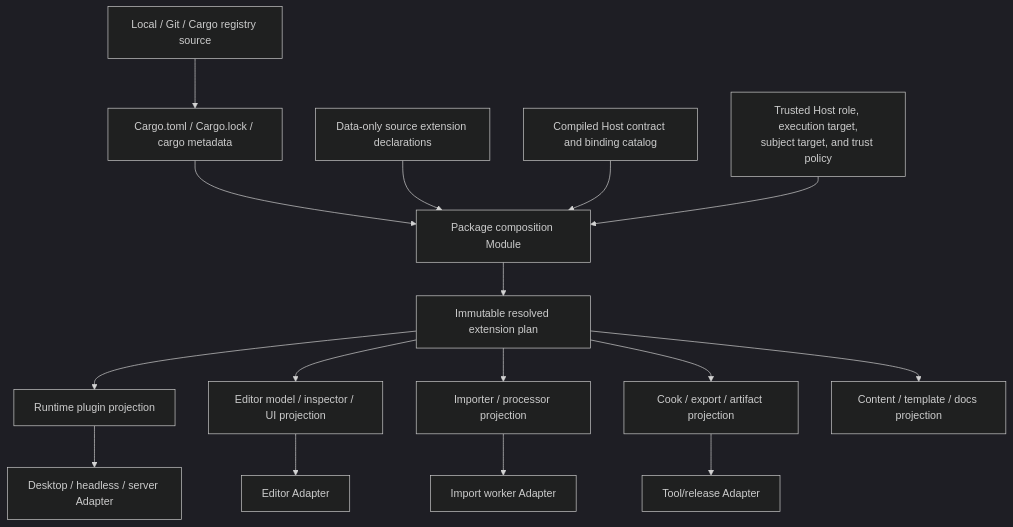
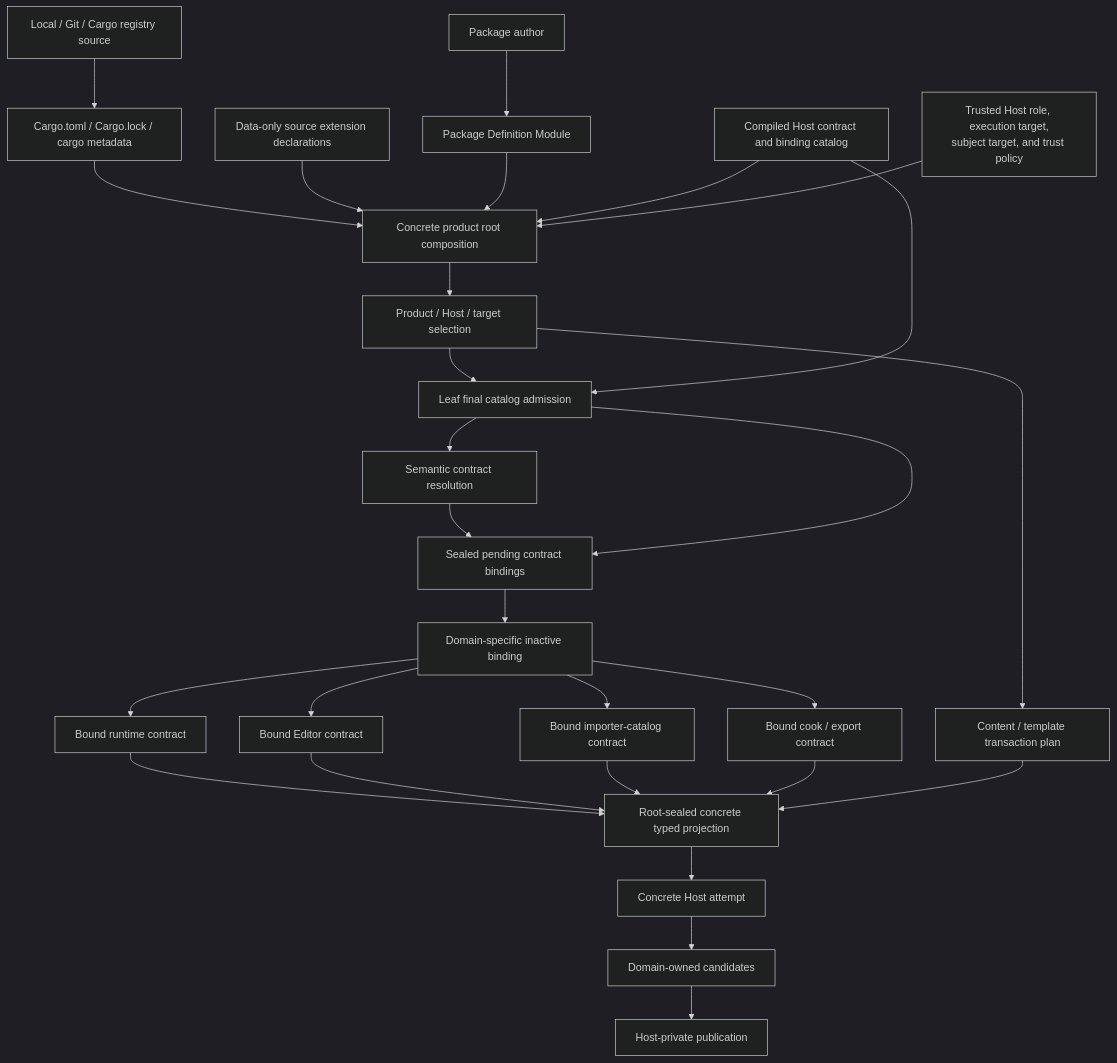
The first of 2 diagrams in docs/architecture/source-extension-package-interface-design.md (Latias94/nara), drawn with Mermaid (dark theme) before and after one commit. The commit also changed other lines of this file and 6 other files, not shown here.

First line of the commit message:
docs(architecture): refine extension module interfaces

````diff
--- a/docs/architecture/source-extension-package-interface-design.md
+++ b/docs/architecture/source-extension-package-interface-design.md
@@ -234,31 +234,50 @@
 ```mermaid
 flowchart TD
+    Author[Package author] --> Definition[Package Definition Module]
     Cargo[Cargo.toml / Cargo.lock / cargo metadata]
     Source[Local / Git / Cargo registry source]
     Manifest[Data-only source extension declarations]
     Catalog[Compiled Host contract and binding catalog]
     Policy[Trusted Host role, execution target,<br/>subject target, and trust policy]
-    Resolve[Package composition Module]
-    Plan[Immutable resolved extension plan]
-    Runtime[Runtime plugin projection]
-    Editor[Editor model / inspector / UI projection]
-    Import[Importer / processor projection]
-    Build[Cook / export / artifact projection]
-    Content[Content / template / docs projection]
-    RuntimeHost[Desktop / headless / server Adapter]
-    EditorHost[Editor Adapter]
-    ImportHost[Import worker Adapter]
-    BuildHost[Tool/release Adapter]
+    Root[Concrete product root composition]
+    Selection[Product / Host / target selection]
+    Admission[Leaf final catalog admission]
+    Resolve[Semantic contract resolution]
+    Pending[Sealed pending contract bindings]
+    Bind[Domain-specific inactive binding]
+    Runtime[Bound runtime contract]
+    Editor[Bound Editor contract]
+    Import[Bound importer-catalog contract]
+    Build[Bound cook / export contract]
+    Content[Content / template transaction plan]
+    Projection[Root-sealed concrete typed projection]
+    Host[Concrete Host attempt]
+    Candidate[Domain-owned candidates]
+    Publish[Host-private publication]
 
     Source --> Cargo
-    Cargo --> Resolve
-    Manifest --> Resolve
-    Catalog --> Resolve
-    Policy --> Resolve
-    Resolve --> Plan
-    Plan --> Runtime --> RuntimeHost
-    Plan --> Editor --> EditorHost
-    Plan --> Import --> ImportHost
-    Plan --> Build --> BuildHost
-    Plan --> Content
+    Cargo --> Root
+    Manifest --> Root
+    Definition --> Root
+    Catalog --> Root
+    Policy --> Root
+    Root --> Selection
+    Selection --> Admission
+    Catalog --> Admission
+    Admission --> Resolve
+    Resolve --> Pending
+    Admission --> Pending
+    Pending --> Bind
+    Bind --> Runtime
+    Bind --> Editor
+    Bind --> Import
+    Bind --> Build
+    Selection --> Content
+    Runtime --> Projection
+    Editor --> Projection
+    Import --> Projection
+    Build --> Projection
+    Content --> Projection
+    Projection --> Host
+    Host --> Candidate --> Publish
 ```
````
